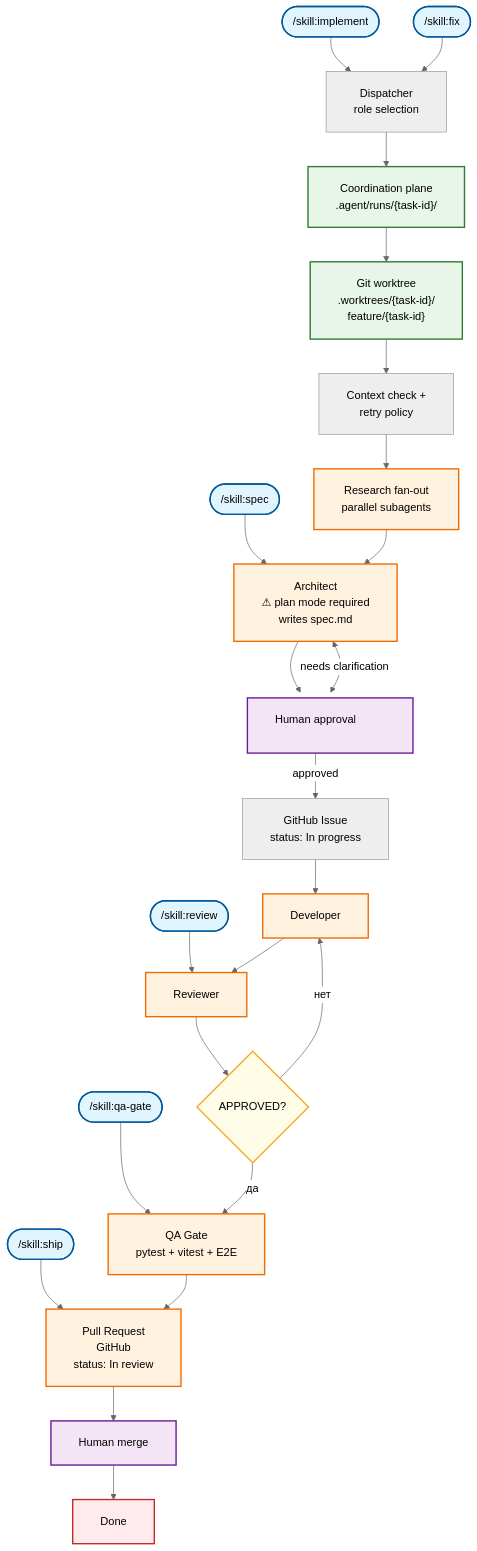
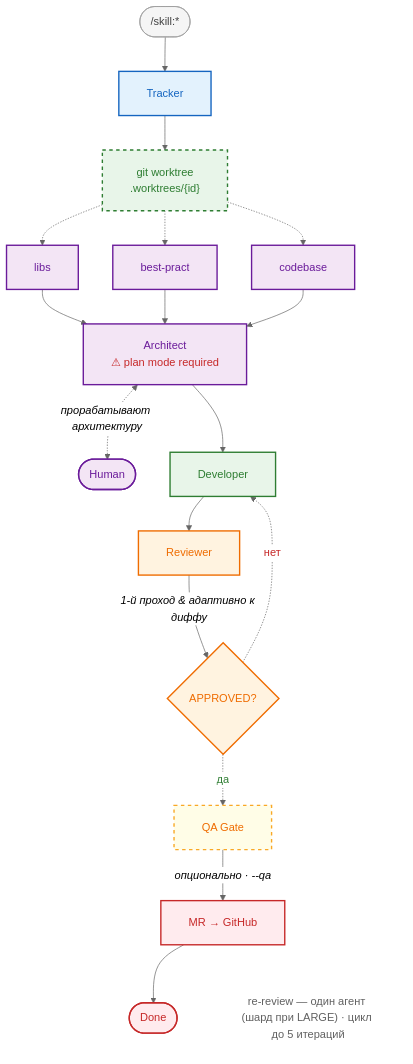
One commit to EvgeniyElmanov/promelectron changed the diagram in README.md. Above: the diagram before and after it, drawn with Mermaid (neutral theme). The commit also changed other lines of this file and 1 other file, not shown here.

Commit message:
docs: update AI agent pipeline diagram to match reference style

````diff
--- a/README.md
+++ b/README.md
@@ -120,54 +120,59 @@
 ```mermaid
 %%{init: {'flowchart': {'curve': 'basis', 'padding': 20}}}%%
 flowchart TD
-    A(["/skill:implement"])
-    R(["/skill:fix"])
-    Q(["/skill:spec"])
-    S(["/skill:review"])
-    T(["/skill:qa-gate"])
-    U(["/skill:ship"])
+    Entry(["/skill:*"])
+    Entry --> Tracker
 
-    A --> B
-    R --> B
+    Tracker["Tracker"]
+    Tracker --> Worktree
 
-    B["Dispatcher<br/>role selection"] --> C
-    C["Coordination plane<br/>.agent/runs/{task-id}/"] --> D
-    D["Git worktree<br/>.worktrees/{task-id}/<br/>feature/{task-id}"] --> E
-    E["Context check +<br/>retry policy"] --> F
+    Worktree["git worktree<br/>.worktrees/{id}"]
+    Worktree -.-> libs["libs"]
+    Worktree -.-> best["best-pract"]
+    Worktree -.-> code["codebase"]
 
-    F["Research fan-out<br/>parallel subagents"] --> G
-    G["Architect<br/>⚠ plan mode required<br/>writes spec.md"] --> H["   Human approval   "]
-    G <-->|"needs clarification"| H
-    H -->|"approved"| I
+    libs --> Architect
+    best --> Architect
+    code --> Architect
 
-    I["GitHub Issue<br/>status: In progress"] --> J
-    J["Developer"] --> K
-    K["Reviewer"] --> L
-    L{"APPROVED?"} -->|"нет"| J
-    L -->|"да"| M
+    Architect["Architect<br/><font color='#c62828'>⚠ plan mode required</font>"] <-.->|<i>прорабатывают архитектуру</i>| Human([Human])
 
-    M["QA Gate<br/>pytest + vitest + E2E"] --> N
-    N["Pull Request<br/>GitHub<br/>status: In review"] --> O
-    O["Human merge"] --> P["Done"]
+    Architect --> Dev["Developer"]
 
-    Q --> G
-    S --> K
-    T --> M
-    U --> N
+    Dev --> Reviewer["Reviewer"]
+    Reviewer -->|<i>1-й проход & адаптивно к диффу</i>| Approved{APPROVED?}
+    Approved -.->|<font color='#c62828'>нет</font>| Dev
+    Approved -.->|<font color='#2e7d32'>да</font>| QA_Gate
 
-    classDef entry fill:#e1f5ff,stroke:#01579b,stroke-width:2px
-    classDef coord fill:#e8f5e9,stroke:#2e7d32,stroke-width:2px
-    classDef human fill:#f3e5f5,stroke:#6a1b9a,stroke-width:2px
-    classDef agent fill:#fff3e0,stroke:#ef6c00,stroke-width:2px
-    classDef decision fill:#fffde7,stroke:#f9a825,stroke-width:2px
-    classDef final fill:#ffebee,stroke:#c62828,stroke-width:2px
+    QA_Gate["QA Gate"] -->|<i>опционально · --qa</i>| MR
 
-    class A,R,Q,S,T,U entry
-    class C,D coord
-    class H,O human
-    class F,G,J,K,M,N agent
-    class L decision
-    class P final
+    MR["MR → GitHub"] --> Done([Done])
 
-    style H width:240px,height:80px
+    noteBottom["re-review — один агент (шард при LARGE) · цикл до 5 итераций"]
+    MR ~~~ noteBottom
+
+    classDef entry fill:#f5f5f5,stroke:#9e9e9e,stroke-width:1px,color:#424242
+    classDef tracker fill:#e3f2fd,stroke:#1565c0,stroke-width:2px,color:#1565c0
+    classDef worktree fill:#e8f5e9,stroke:#2e7d32,stroke-width:2px,stroke-dasharray:5 5,color:#2e7d32
+    classDef research fill:#f3e5f5,stroke:#6a1b9a,stroke-width:2px,color:#6a1b9a
+    classDef human fill:#f3e5f5,stroke:#6a1b9a,stroke-width:2px,color:#6a1b9a
+    classDef dev fill:#e8f5e9,stroke:#2e7d32,stroke-width:2px,color:#2e7d32
+    classDef review fill:#fff3e0,stroke:#ef6c00,stroke-width:2px,color:#ef6c00
+    classDef qa fill:#fffde7,stroke:#f9a825,stroke-width:2px,stroke-dasharray:5 5,color:#ef6c00
+    classDef ship fill:#ffebee,stroke:#c62828,stroke-width:2px,color:#c62828
+    classDef note fill:none,stroke:none,color:#616161
+
+    class Entry entry
+    class Tracker tracker
+    class Worktree worktree
+    class libs,best,code research
+    class Architect human
+    class Human human
+    class Dev dev
+    class Reviewer review
+    class Approved review
+    class QA_Gate qa
+    class MR ship
+    class Done ship
+    class noteBottom note
 ```
````
